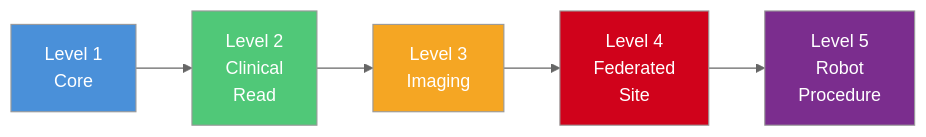
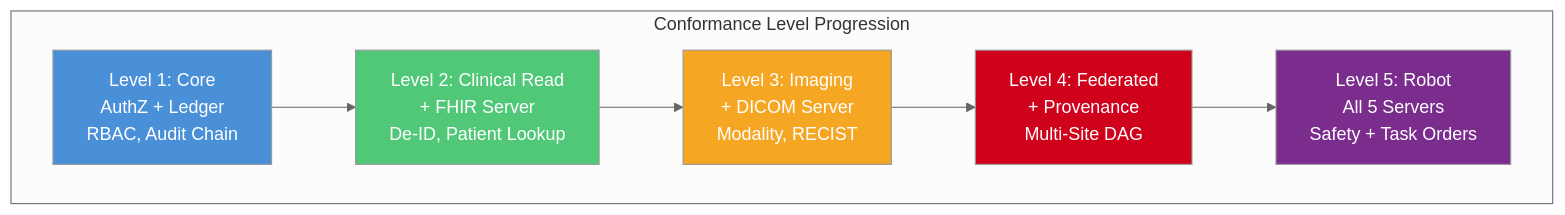
Before and after one commit to kevinkawchak/national-mcp-pai-oncology-trials: diagram 11 of 13 in README.md, drawn with Mermaid (neutral theme). The commit also changed other lines of this file and 63 other files, not shown here.

````diff
--- a/README.md
+++ b/README.md
@@ -949,19 +1172,17 @@
 ```mermaid
-graph LR
-  L1[Level 1<br/>Core]
-  L2[Level 2<br/>Clinical<br/>Read]
-  L3[Level 3<br/>Imaging]
-  L4[Level 4<br/>Federated<br/>Site]
-  L5[Level 5<br/>Robot<br/>Procedure]
-
-  L1 --> L2
-  L2 --> L3
-  L3 --> L4
-  L4 --> L5
-
-  style L1 fill:#4A90D9,color:#fff
-  style L2 fill:#50C878,color:#fff
-  style L3 fill:#F5A623,color:#fff
-  style L4 fill:#D0021B,color:#fff
-  style L5 fill:#7B2D8E,color:#fff
+graph TB
+    subgraph LEVELS["Conformance Level Progression"]
+        direction LR
+        L1["Level 1: Core<br/>AuthZ + Ledger<br/>RBAC, Audit Chain"]
+        L2["Level 2: Clinical Read<br/>+ FHIR Server<br/>De-ID, Patient Lookup"]
+        L3["Level 3: Imaging<br/>+ DICOM Server<br/>Modality, RECIST"]
+        L4["Level 4: Federated<br/>+ Provenance<br/>Multi-Site DAG"]
+        L5["Level 5: Robot<br/>All 5 Servers<br/>Safety + Task Orders"]
+    end
+    L1 --> L2 --> L3 --> L4 --> L5
+    style L1 fill:#4A90D9,color:#fff
+    style L2 fill:#50C878,color:#fff
+    style L3 fill:#F5A623,color:#fff
+    style L4 fill:#D0021B,color:#fff
+    style L5 fill:#7B2D8E,color:#fff
 ```
````
